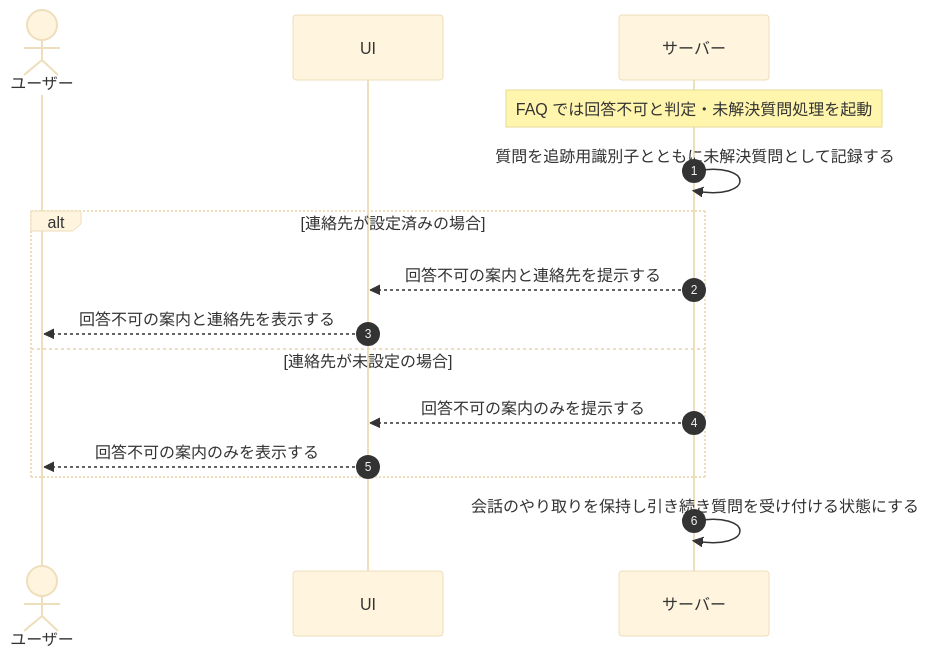
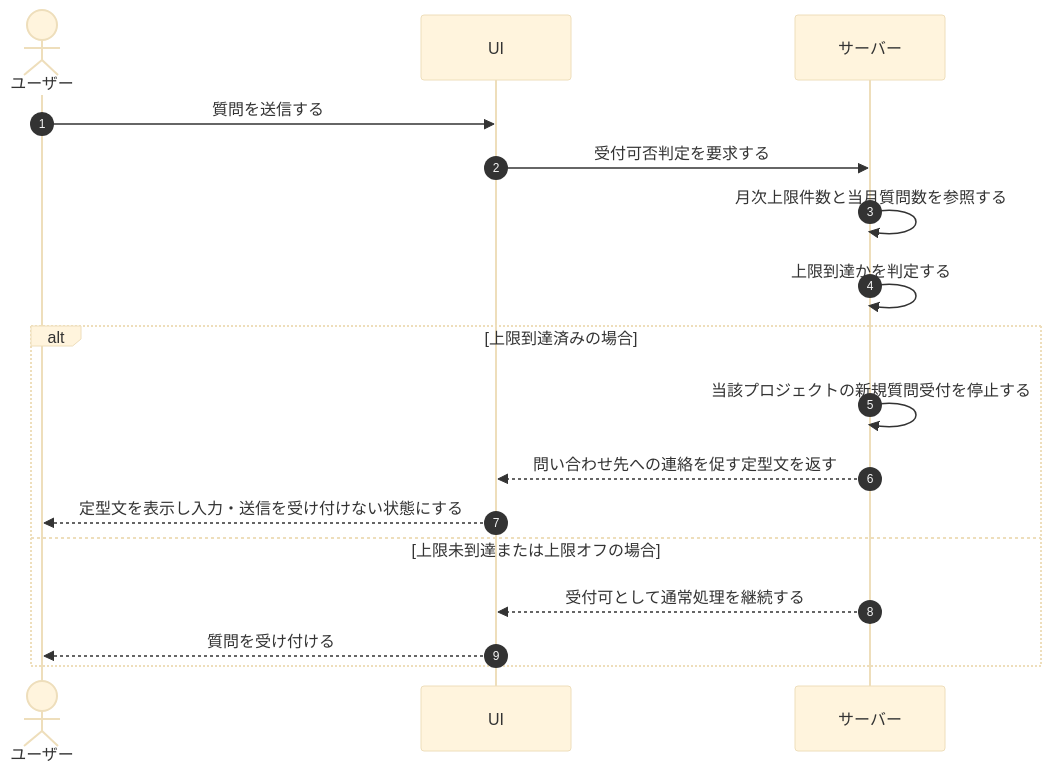
The diagram in 01_requirements/04_business_usecases/UC-053.md (sikakou54/open-faq), drawn with Mermaid (base theme) before and after one commit. The commit also changed other lines of this file and 395 other files, not shown here.

````diff
--- a/01_requirements/04_business_usecases/UC-053.md
+++ b/01_requirements/04_business_usecases/UC-053.md
@@ -27,20 +27,21 @@
 ```mermaid
 sequenceDiagram
   autonumber
   actor U as ユーザー
   participant UI as UI
   participant S as サーバー
 
-  Note over S: FAQ では回答不可と判定・未解決質問処理を起動
-  S->>S: 質問を追跡用識別子とともに未解決質問として記録する
+  U->>UI: 質問を送信する
+  UI->>S: 受付可否判定を要求する
+  S->>S: 月次上限件数と当月質問数を参照する
+  S->>S: 上限到達かを判定する
 
-  alt 連絡先が設定済みの場合
-    S-->>UI: 回答不可の案内と連絡先を提示する
-    UI-->>U: 回答不可の案内と連絡先を表示する
-  else 連絡先が未設定の場合
-    S-->>UI: 回答不可の案内のみを提示する
-    UI-->>U: 回答不可の案内のみを表示する
+  alt 上限到達済みの場合
+    S->>S: 当該プロジェクトの新規質問受付を停止する
+    S-->>UI: 問い合わせ先への連絡を促す定型文を返す
+    UI-->>U: 定型文を表示し入力・送信を受け付けない状態にする
+  else 上限未到達または上限オフの場合
+    S-->>UI: 受付可として通常処理を継続する
+    UI-->>U: 質問を受け付ける
   end
-
-  S->>S: 会話のやり取りを保持し引き続き質問を受け付ける状態にする
 ```
````
